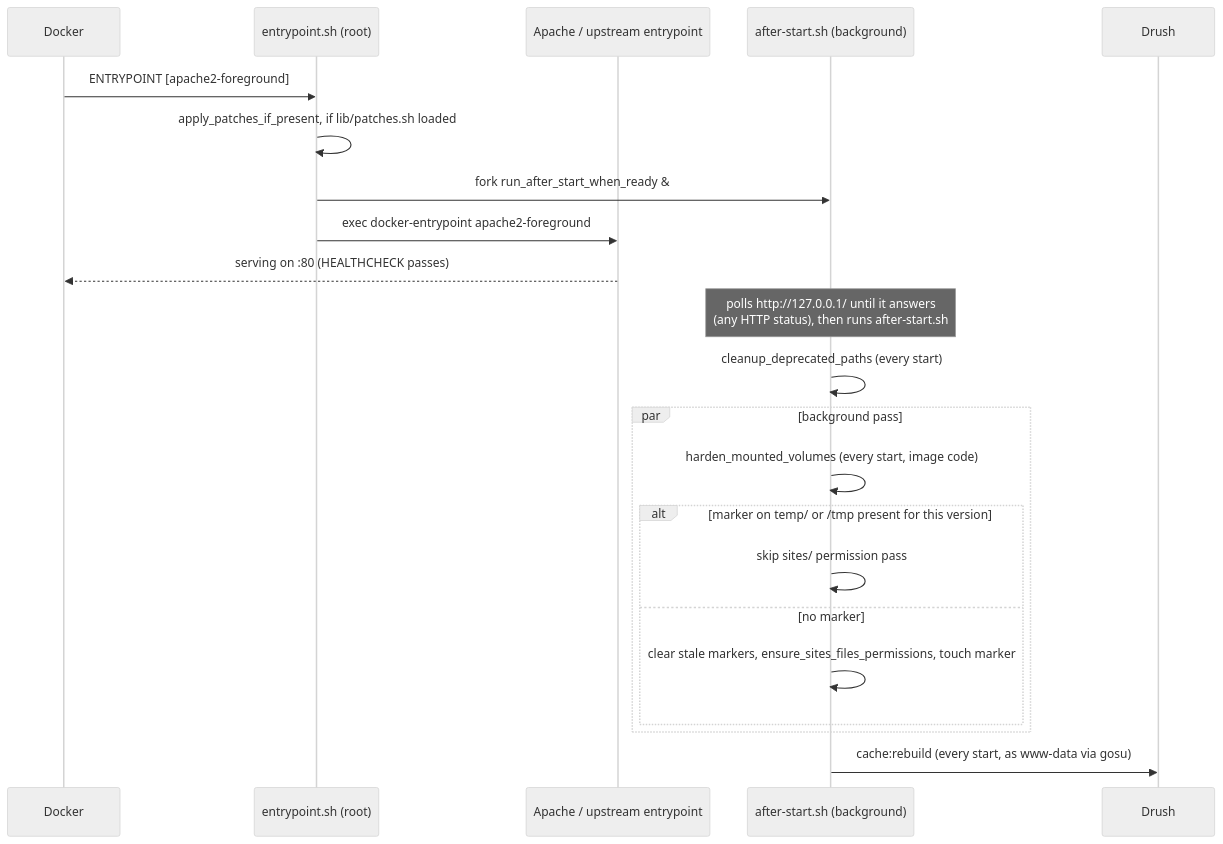
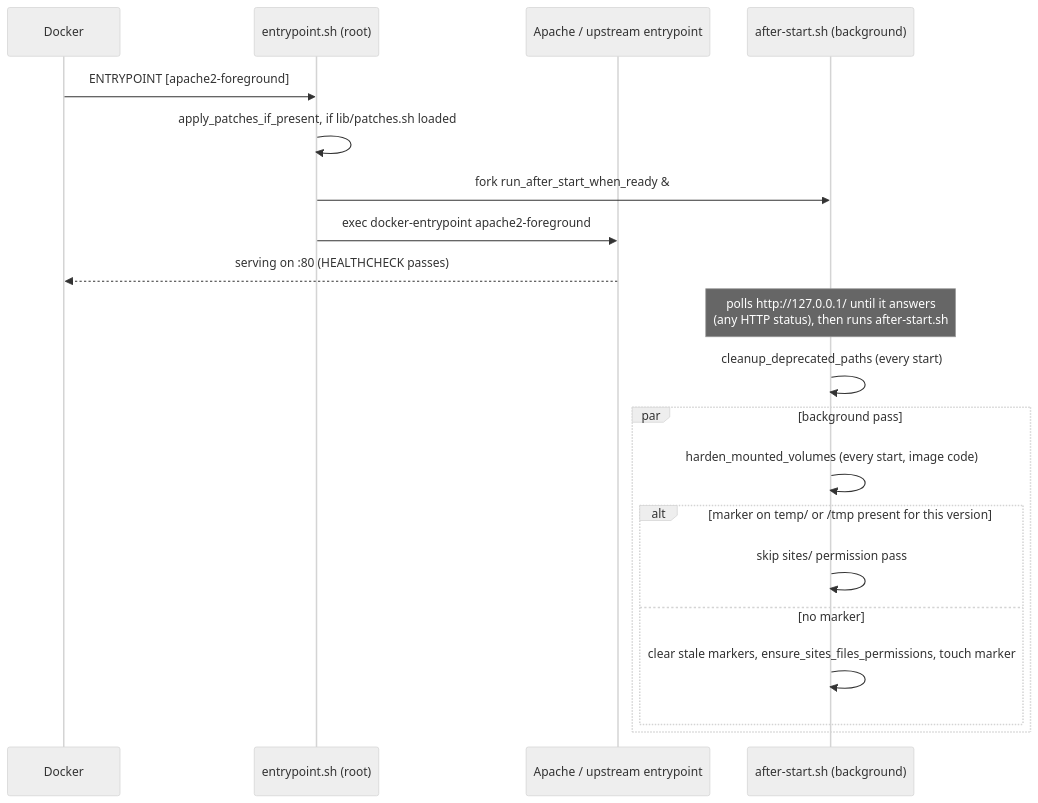
One commit to scbd/drupal-docker-wrapper changed the fifth of 9 diagrams in docs/architecture.md. Above: the diagram before and after it, drawn with Mermaid (neutral theme). The commit also changed other lines of this file and 12 other files, not shown here.

````diff
--- a/docs/architecture.md
+++ b/docs/architecture.md
@@ -174,26 +173,24 @@
 ```mermaid
 sequenceDiagram
   participant Docker
   participant Entry as entrypoint.sh (root)
   participant Apache as Apache / upstream entrypoint
   participant After as after-start.sh (background)
-  participant Drush
 
   Docker->>Entry: ENTRYPOINT [apache2-foreground]
   Entry->>Entry: apply_patches_if_present, if lib/patches.sh loaded
   Entry->>After: fork run_after_start_when_ready &
   Entry->>Apache: exec docker-entrypoint apache2-foreground
   Apache-->>Docker: serving on :80 (HEALTHCHECK passes)
 
   Note over After: polls http://127.0.0.1/ until it answers<br/>(any HTTP status), then runs after-start.sh
   After->>After: cleanup_deprecated_paths (every start)
   par background pass
     After->>After: harden_mounted_volumes (every start, image code)
     alt marker on temp/ or /tmp present for this version
       After->>After: skip sites/ permission pass
     else no marker
       After->>After: clear stale markers, ensure_sites_files_permissions, touch marker
     end
   end
-  After->>Drush: cache:rebuild (every start, as www-data via gosu)
 ```
````
